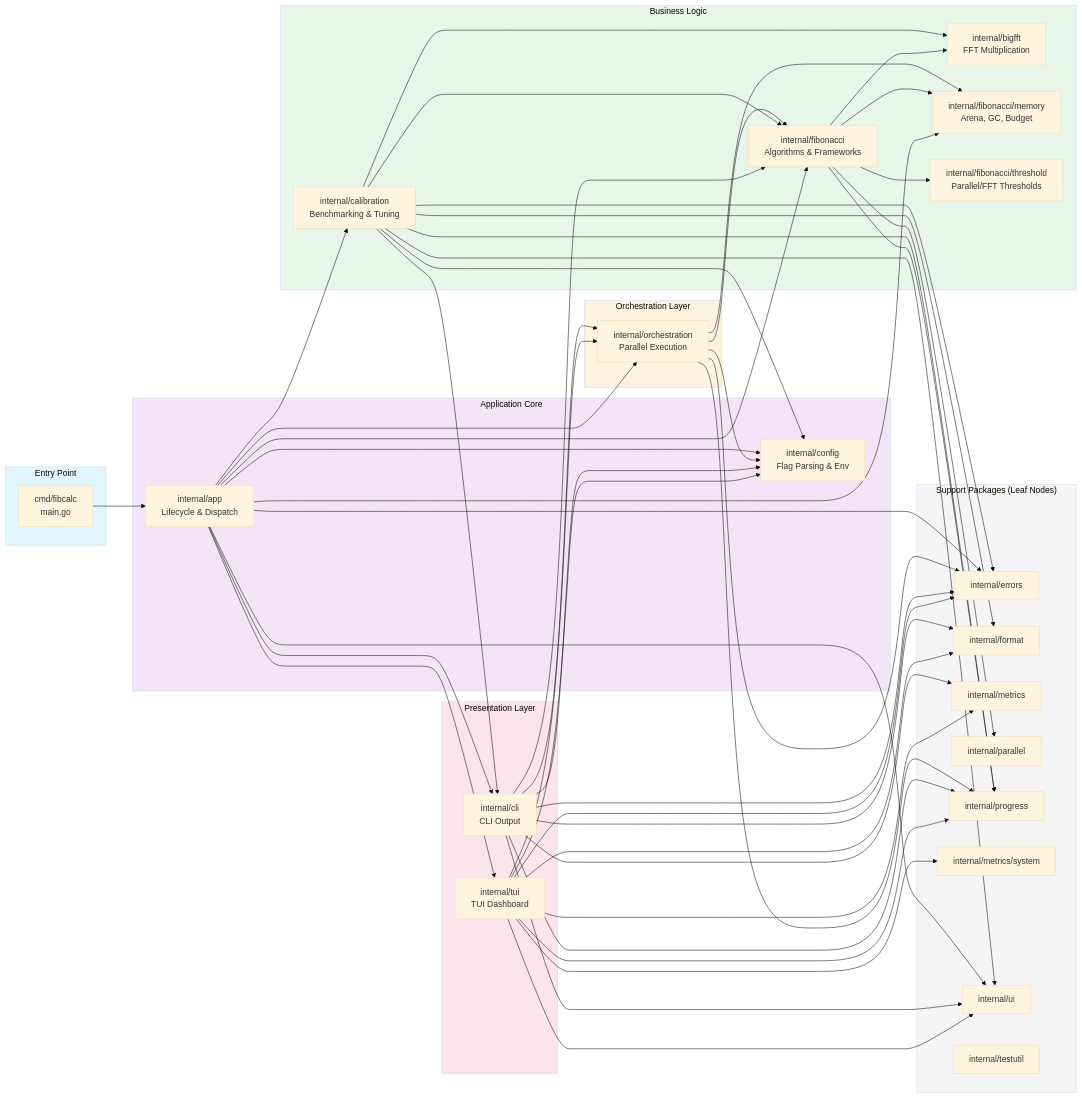
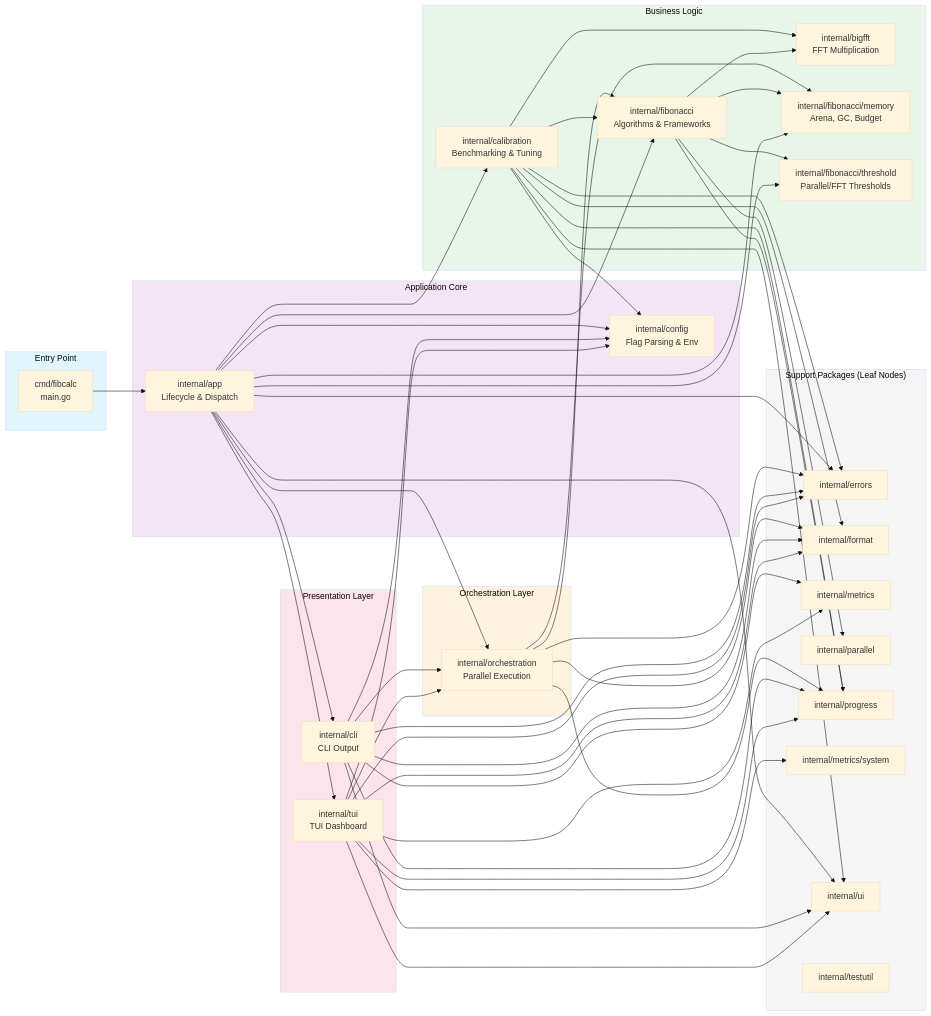
One commit to agbruneau/Fibonacci changed the diagram in docs/architecture/dependency-graph.mermaid. Above: the diagram before and after it, drawn with Mermaid (base theme). The commit also changed 19 other files, not shown here.

```diff
--- a/docs/architecture/dependency-graph.mermaid
+++ b/docs/architecture/dependency-graph.mermaid
@@ -1,95 +1,94 @@
 flowchart LR
     subgraph Entry["Entry Point"]
         main["cmd/fibcalc<br/>main.go"]
     end
 
     subgraph Core["Application Core"]
         app["internal/app<br/>Lifecycle & Dispatch"]
         config["internal/config<br/>Flag Parsing & Env"]
     end
 
     subgraph Orchestration["Orchestration Layer"]
         orch["internal/orchestration<br/>Parallel Execution"]
     end
 
     subgraph Business["Business Logic"]
         fib["internal/fibonacci<br/>Algorithms & Frameworks"]
         bigfft["internal/bigfft<br/>FFT Multiplication"]
         calib["internal/calibration<br/>Benchmarking & Tuning"]
         fibmem["internal/fibonacci/memory<br/>Arena, GC, Budget"]
         fibthr["internal/fibonacci/threshold<br/>Parallel/FFT Thresholds"]
     end
 
     subgraph Presentation["Presentation Layer"]
         cli["internal/cli<br/>CLI Output"]
         tui["internal/tui<br/>TUI Dashboard"]
     end
 
     subgraph Support["Support Packages (Leaf Nodes)"]
         errors["internal/errors"]
         format["internal/format"]
         metrics["internal/metrics"]
         parallel["internal/parallel"]
         progress["internal/progress"]
         sysmon["internal/metrics/system"]
         ui["internal/ui"]
         testutil["internal/testutil"]
     end
 
     main --> app
     app --> config
     app --> orch
     app --> cli
     app --> tui
     app --> calib
     app --> fib
     app --> errors
     app --> ui
 
     orch --> fib
-    orch --> config
     orch --> errors
     orch --> progress
     orch --> fibmem
+    orch --> format
 
     calib --> fib
     calib --> bigfft
-    calib --> cli
     calib --> config
     calib --> errors
     calib --> format
     calib --> ui
     calib --> progress
 
     fib --> bigfft
     fib --> parallel
     fib --> progress
     fib --> fibmem
     fib --> fibthr
 
     cli --> format
     cli --> errors
     cli --> metrics
     cli --> ui
     cli --> orch
-    cli --> fib
     cli --> config
     cli --> progress
 
     tui --> format
     tui --> metrics
     tui --> sysmon
     tui --> ui
     tui --> errors
     tui --> config
     tui --> orch
     tui --> progress
 
     app --> fibmem
+    app --> fibthr
 
     style Entry fill:#e1f5fe
     style Core fill:#f3e5f5
     style Orchestration fill:#fff3e0
     style Business fill:#e8f5e9
     style Presentation fill:#fce4ec
     style Support fill:#f5f5f5
```
